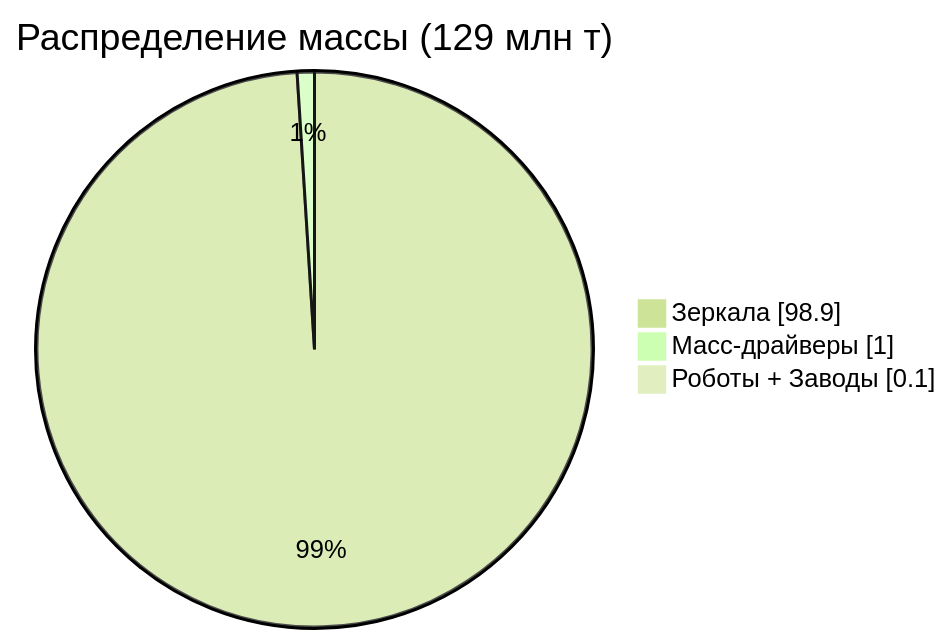
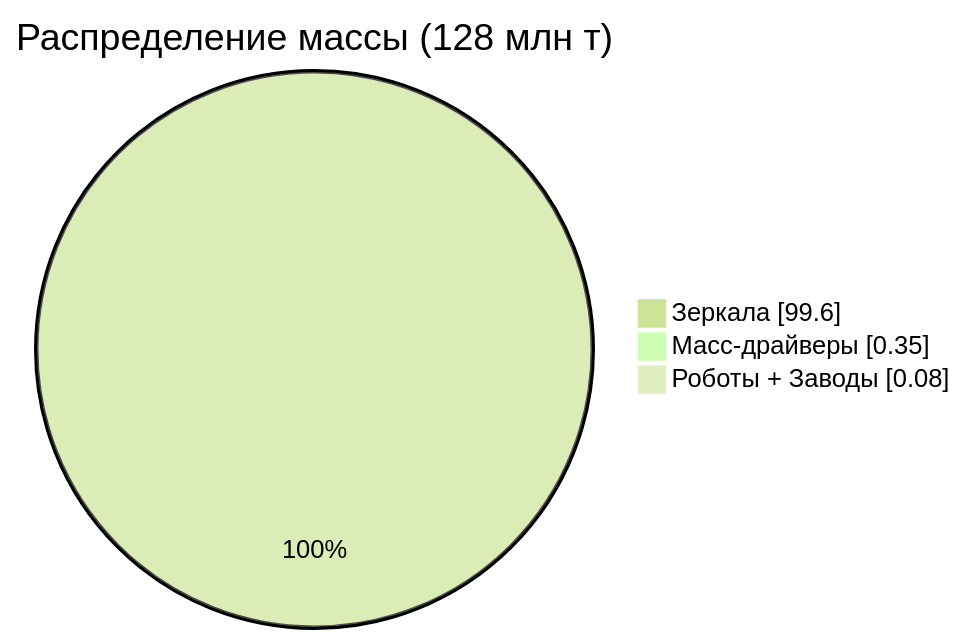
Before and after one commit to DmitryNasikanov/infinite-energy: the second of 2 diagrams in ru/science/detailed/production/overview.qmd, drawn with Mermaid (forest theme). The commit also changed other lines of this file and 71 other files, not shown here.

````diff
--- a/ru/science/detailed/production/overview.qmd
+++ b/ru/science/detailed/production/overview.qmd
@@ -271,8 +256,8 @@
 ```{mermaid}
 %%| fig-width: 8
 pie showData
-    title Распределение массы (129 млн т)
-    "Зеркала" : 98.9
-    "Масс-драйверы" : 1.0
-    "Роботы + Заводы" : 0.1
+    title Распределение массы (128 млн т)
+    "Зеркала" : 99.6
+    "Масс-драйверы" : 0.35
+    "Роботы + Заводы" : 0.08
 ```
````
